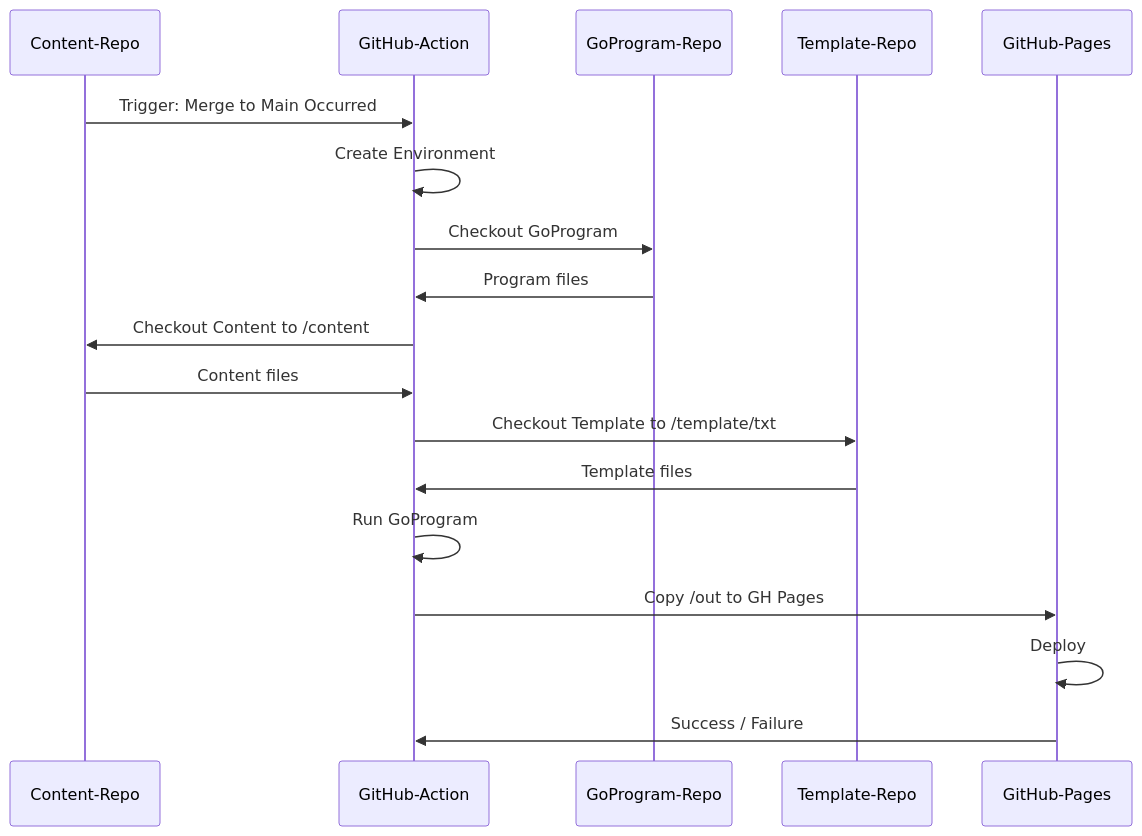
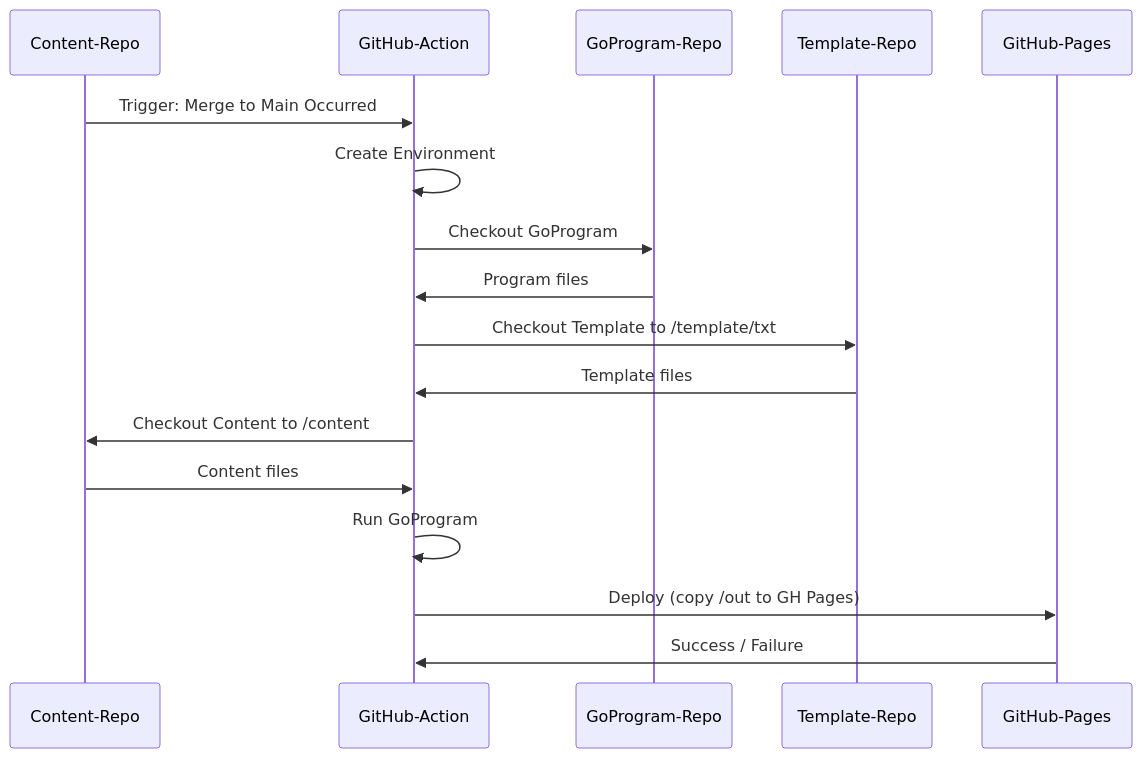
The second of 2 diagrams in 2_homelab-notes/_projects/this-site.md (queue-bit/queue-bit.github.io), drawn with Mermaid before and after one commit. The commit also changed other lines of this file and 4 other files, not shown here.

````diff
--- a/2_homelab-notes/_projects/this-site.md
+++ b/2_homelab-notes/_projects/this-site.md
@@ -298,15 +270,14 @@
 ```mermaid
 sequenceDiagram
 Content-Repo ->> GitHub-Action: Trigger: Merge to Main Occurred
 GitHub-Action ->> GitHub-Action: Create Environment
 GitHub-Action ->> GoProgram-Repo: Checkout GoProgram
 GoProgram-Repo ->> GitHub-Action: Program files
+GitHub-Action ->> Template-Repo: Checkout Template to /template/txt
+Template-Repo ->> GitHub-Action: Template files
 GitHub-Action ->> Content-Repo: Checkout Content to /content
 Content-Repo ->> GitHub-Action: Content files
-GitHub-Action ->> Template-Repo: Checkout Template to /template/txt
-Template-Repo ->> GitHub-Action: Template files
 GitHub-Action ->> GitHub-Action : Run GoProgram
-GitHub-Action ->> GitHub-Pages : Copy /out to GH Pages
-GitHub-Pages ->> GitHub-Pages : Deploy
+GitHub-Action ->> GitHub-Pages : Deploy (copy /out to GH Pages)
 GitHub-Pages ->> GitHub-Action : Success / Failure
 ```
````
